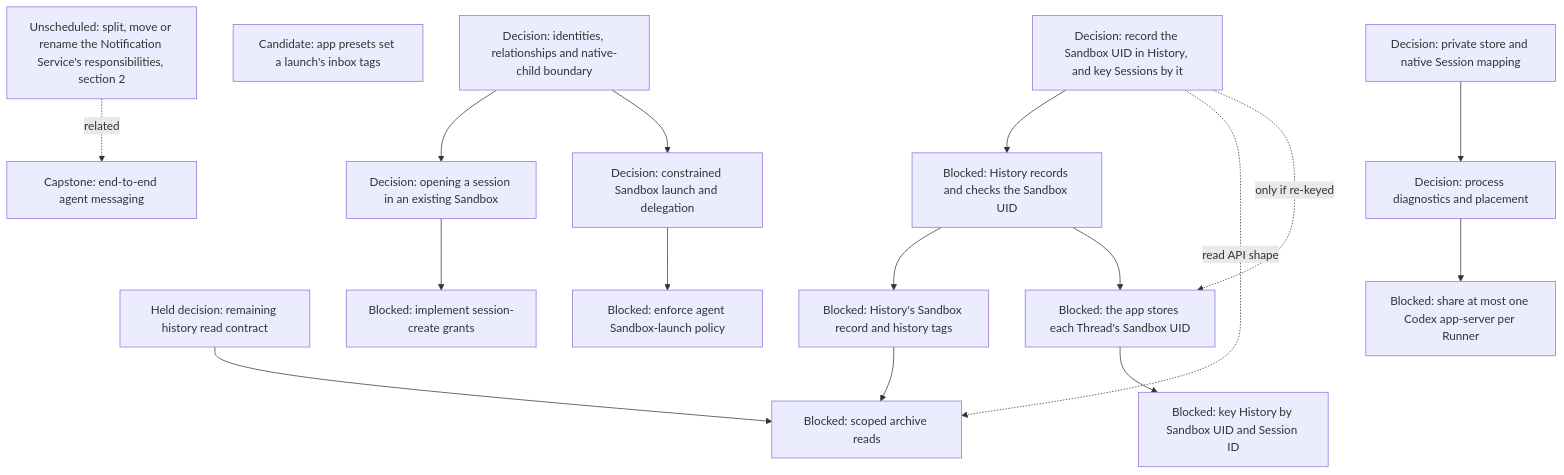
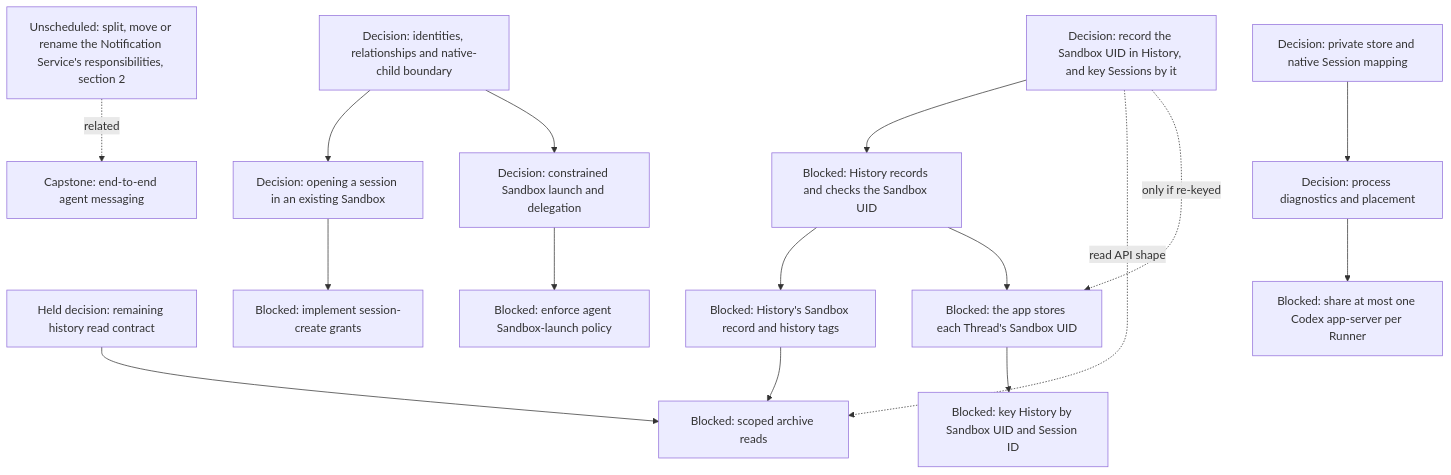
Before and after one commit to agentydragon-agent/ducktape: the sixth of 19 diagrams in agentplane/plans/task_dag.md, drawn with Mermaid. The commit also changed other lines of this file and 11 other files, not shown here.

First line of the commit message:
agentplane(app): presets prefill a launch's inbox tags

````diff
--- a/agentplane/plans/task_dag.md
+++ b/agentplane/plans/task_dag.md
@@ -303,34 +303,33 @@
 ```mermaid
 flowchart TD
     MULTIAGENT_MODEL[Decision: identities, relationships and native-child boundary]
     THREAD_READ_POLICY_DESIGN[Held decision: remaining history read contract]
-    SANDBOX_INBOX_TAGS[Candidate: app presets set a launch's inbox tags]
     HISTORY_SANDBOX_RECORD[Blocked: History's Sandbox record and history tags]
     THREAD_READ_POLICY[Blocked: scoped archive reads]
     HISTORY_SESSION_KEY_DESIGN[Decision: record the Sandbox UID in History, and key Sessions by it]
     HISTORY_SANDBOX_UID[Blocked: History records and checks the Sandbox UID]
     APP_THREAD_SANDBOX_UID[Blocked: the app stores each Thread's Sandbox UID]
     HISTORY_SESSION_REKEY[Blocked: key History by Sandbox UID and Session ID]
     AGENT_MESSAGING[Capstone: end-to-end agent messaging]
     THREAD_CREATE_POLICY[Decision: opening a session in an existing Sandbox]
     THREAD_CREATE_AUTHORIZATION[Blocked: implement session-create grants]
     AGENT_LAUNCH_POLICY_DESIGN[Decision: constrained Sandbox launch and delegation]
     AGENT_SANDBOX_LAUNCH[Blocked: enforce agent Sandbox-launch policy]
     MULTIAGENT_MODEL --> THREAD_CREATE_POLICY
     MULTIAGENT_MODEL --> AGENT_LAUNCH_POLICY_DESIGN
     THREAD_READ_POLICY_DESIGN --> THREAD_READ_POLICY
     HISTORY_SESSION_KEY_DESIGN --> HISTORY_SANDBOX_UID
     HISTORY_SESSION_KEY_DESIGN -. read API shape .-> THREAD_READ_POLICY
     HISTORY_SESSION_KEY_DESIGN -. only if re-keyed .-> APP_THREAD_SANDBOX_UID
     HISTORY_SANDBOX_UID --> HISTORY_SANDBOX_RECORD
     HISTORY_SANDBOX_RECORD --> THREAD_READ_POLICY
     HISTORY_SANDBOX_UID --> APP_THREAD_SANDBOX_UID
     APP_THREAD_SANDBOX_UID --> HISTORY_SESSION_REKEY
     NOTIFICATION_SERVICE_SPLIT[Unscheduled: split, move or rename the Notification Service's responsibilities, section 2] -. related .-> AGENT_MESSAGING
     THREAD_CREATE_POLICY --> THREAD_CREATE_AUTHORIZATION
     AGENT_LAUNCH_POLICY_DESIGN --> AGENT_SANDBOX_LAUNCH
     RUNNER_HARNESS_OBJECTS_DESIGN[Decision: process diagnostics and placement]
     HARNESS_IDENTITY_DESIGN[Decision: private store and native Session mapping]
     HARNESS_IDENTITY_DESIGN --> RUNNER_HARNESS_OBJECTS_DESIGN
     RUNNER_HARNESS_OBJECTS_DESIGN --> RUNNER_CODEX_SHARED_PROCESS[Blocked: share at most one Codex app-server per Runner]
 ```
````
